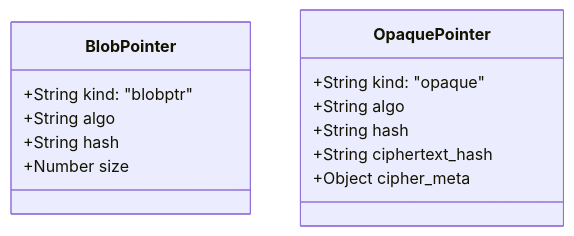
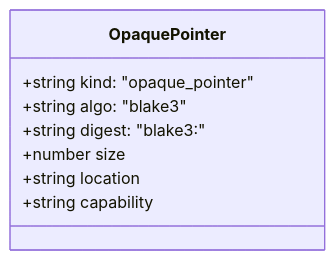
The eighth of 21 diagrams in docs/SPEC.md (flyingrobots/gatos), drawn with Mermaid before and after one commit. The commit also changed other lines of this file and 6 other files, not shown here.

````diff
--- a/docs/SPEC.md
+++ b/docs/SPEC.md
@@ -289,16 +312,11 @@
 ```mermaid
 classDiagram
-    class BlobPointer {
-        +String kind: "blobptr"
-        +String algo
-        +String hash
-        +Number size
-    }
     class OpaquePointer {
-        +String kind: "opaque"
-        +String algo
-        +String hash
-        +String ciphertext_hash
-        +Object cipher_meta
+        +string kind: "opaque_pointer"
+        +string algo: "blake3"
+        +string digest: "blake3:<hex>"
+        +number size
+        +string location
+        +string capability
     }
 ```
````
